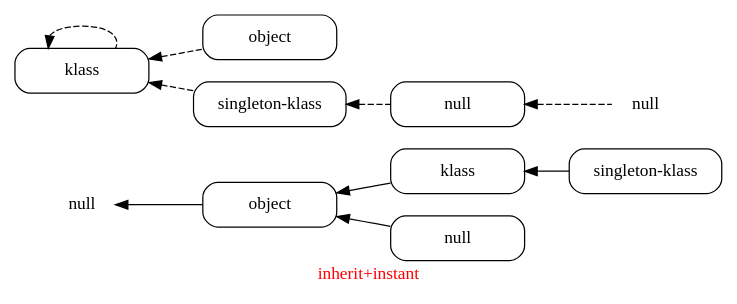
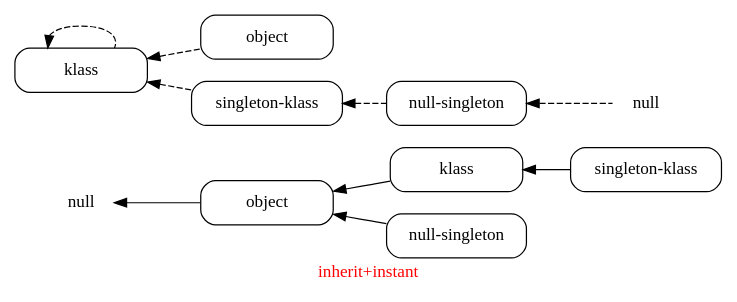
Before and after one commit to Ayyzee/dakota: the diagram in doc/inherit+instant.dot, drawn with Graphviz.

Commit message:
Updated documention graphs to show klass null-singleton.

```diff
--- a/doc/inherit+instant.dot
+++ b/doc/inherit+instant.dot
@@ -1,55 +1,55 @@
 // Copyright (C) 2007, 2008, 2009 Robert Nielsen <robert@dakota.org>
 //
 // Licensed under the Apache License, Version 2.0 (the "License");
 // you may not use this file except in compliance with the License.
 // You may obtain a copy of the License at
 //
 //      http://www.apache.org/licenses/LICENSE-2.0
 //
 // Unless required by applicable law or agreed to in writing, software
 // distributed under the License is distributed on an "AS IS" BASIS,
 // WITHOUT WARRANTIES OR CONDITIONS OF ANY KIND, either express or implied.
 // See the License for the specific language governing permissions and
 // limitations under the License.
 
 digraph "inherit+instant"
 {
   graph [ label = "\G", fontcolor = red ];
   graph [ rankdir = LR, center = true, page = "8.5,11", size = "7.5,10" ];
   edge [ dir = back ];
   node [ shape = box, style = rounded ];
   
   "null-instance1" [ label = "null", shape = plaintext ];
   "null-instance2" [ label = "null", shape = plaintext ];
 
   node [ width = "1.5" ];
 
   "klass1"           [ label = "klass" ];
   "klass2"           [ label = "klass" ];
-  "null1"            [ label = "null" ];
-  "null2"            [ label = "null" ];
+  "null1"            [ label = "null-singleton" ];
+  "null2"            [ label = "null-singleton" ];
   "object1"          [ label = "object" ];
   "object2"          [ label = "object" ];
   "singleton-klass1" [ label = "singleton-klass" ];
   "singleton-klass2" [ label = "singleton-klass" ];
   
   edge [ style = solid ];
   "null-instance1"  -> "object1";
   "object1"         -> "klass1";
   "object1"         -> "null1";
   "klass1"          -> "singleton-klass1";
 
   edge [ style = dashed ];
   "klass2"           -> "klass2";
   "klass2"           -> "object2";
   "klass2"           -> "singleton-klass2";
   "null2"            -> "null-instance2";
   "singleton-klass2" -> "null2";
 }
 // instantiation hier:
 //   klass <- klass
 //   klass <- object
 //   klass <- singleton-klass <- null-klass <- null
 // inheritence hier:
 //   null <- object <- klass <- singleton-klass
 //   null <- object <- null-klass
```
